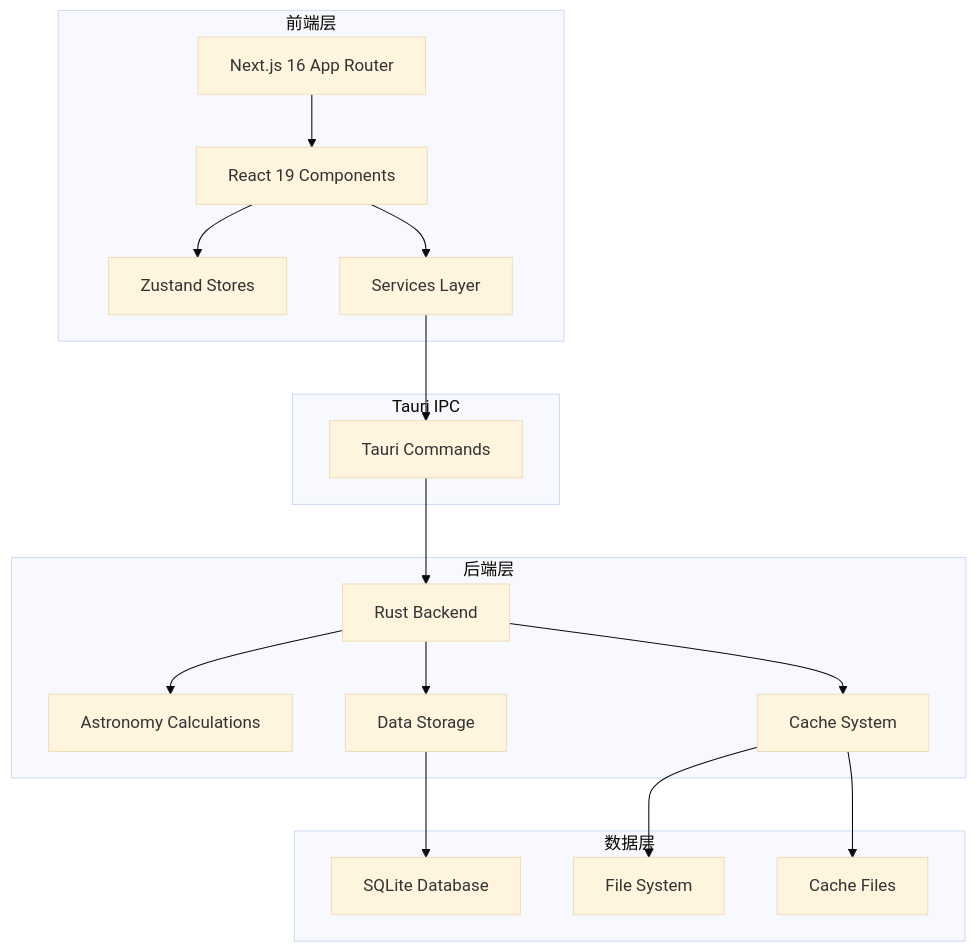
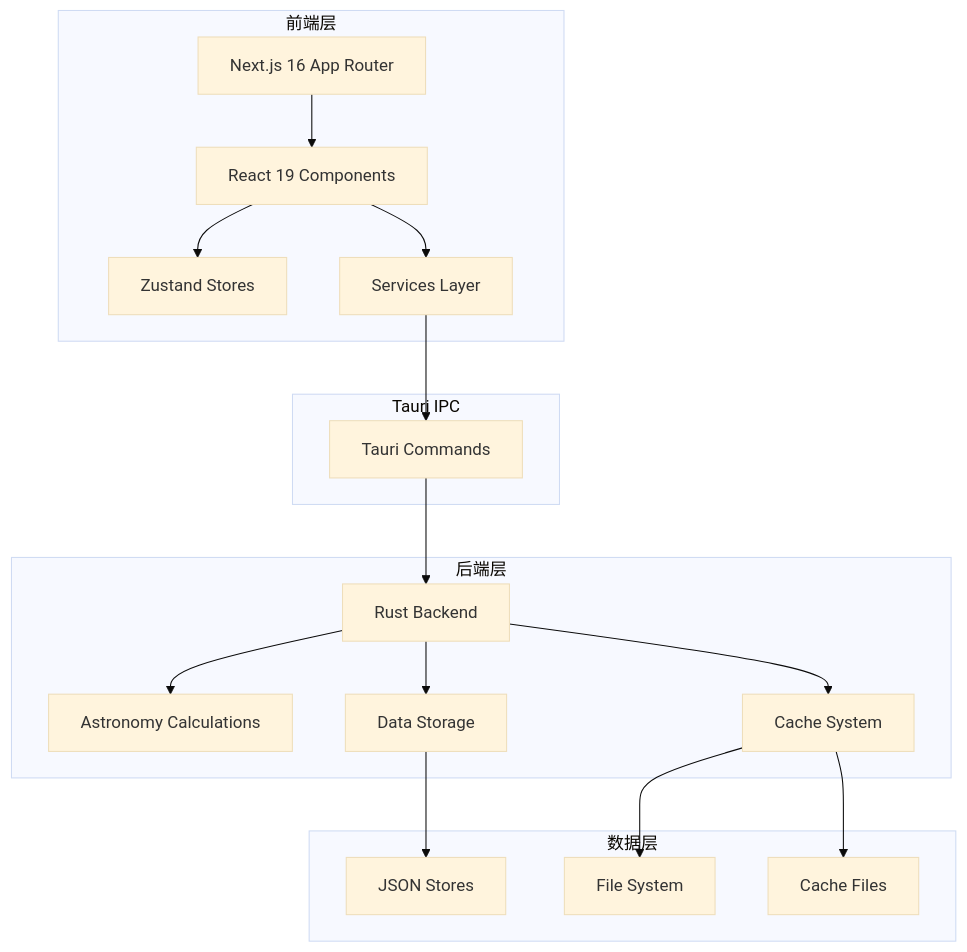
Before and after one commit to AstroAir/skymap-test: the first of 2 diagrams in docs/developer-guide/index.md, drawn with Mermaid (base theme). The commit also changed other lines of this file and 12 other files, not shown here.

````diff
--- a/docs/developer-guide/index.md
+++ b/docs/developer-guide/index.md
@@ -169,38 +169,38 @@
 ```mermaid
 graph TB
     subgraph 前端层
         A[Next.js 16 App Router]
         B[React 19 Components]
         C[Zustand Stores]
         D[Services Layer]
     end
 
     subgraph Tauri IPC
         E[Tauri Commands]
     end
 
     subgraph 后端层
         F[Rust Backend]
         G[Astronomy Calculations]
         H[Data Storage]
         I[Cache System]
     end
 
     subgraph 数据层
-        J[SQLite Database]
+        J[JSON Stores]
         K[File System]
         L[Cache Files]
     end
 
     A --> B
     B --> C
     B --> D
     D --> E
     E --> F
     F --> G
     F --> H
     F --> I
     H --> J
     I --> K
     I --> L
 ```
````
